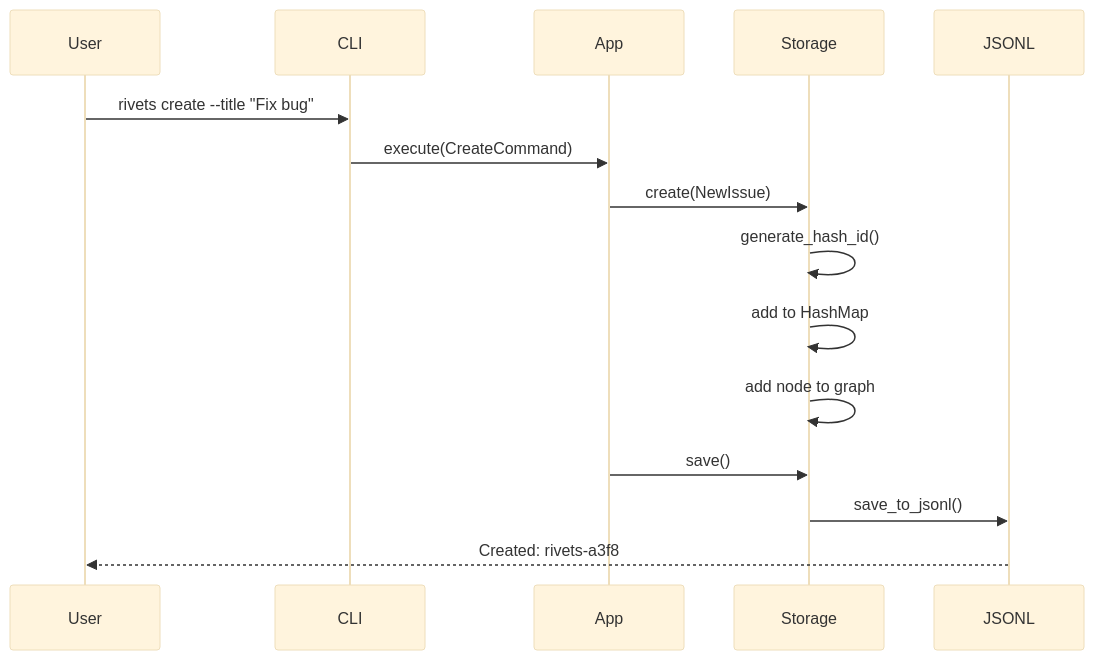
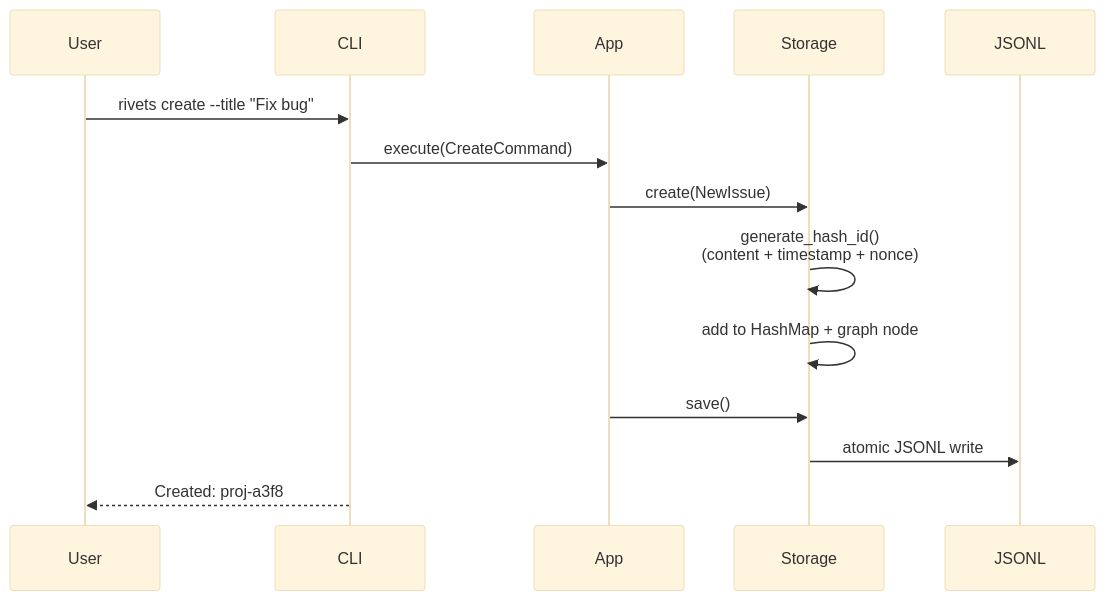
One commit to dwalleck/rivets changed the fifth of 7 diagrams in docs/architecture.md. Above: the diagram before and after it, drawn with Mermaid (base theme). The commit also changed other lines of this file and 4 other files, not shown here.

````diff
--- a/docs/architecture.md
+++ b/docs/architecture.md
@@ -189,18 +230,17 @@
 ```mermaid
 sequenceDiagram
     participant User
     participant CLI
     participant App
     participant Storage
     participant JSONL
 
     User->>CLI: rivets create --title "Fix bug"
     CLI->>App: execute(CreateCommand)
     App->>Storage: create(NewIssue)
-    Storage->>Storage: generate_hash_id()
-    Storage->>Storage: add to HashMap
-    Storage->>Storage: add node to graph
+    Storage->>Storage: generate_hash_id()<br/>(content + timestamp + nonce)
+    Storage->>Storage: add to HashMap + graph node
     App->>Storage: save()
-    Storage->>JSONL: save_to_jsonl()
-    JSONL-->>User: Created: rivets-a3f8
+    Storage->>JSONL: atomic JSONL write
+    CLI-->>User: Created: proj-a3f8
 ```
````
